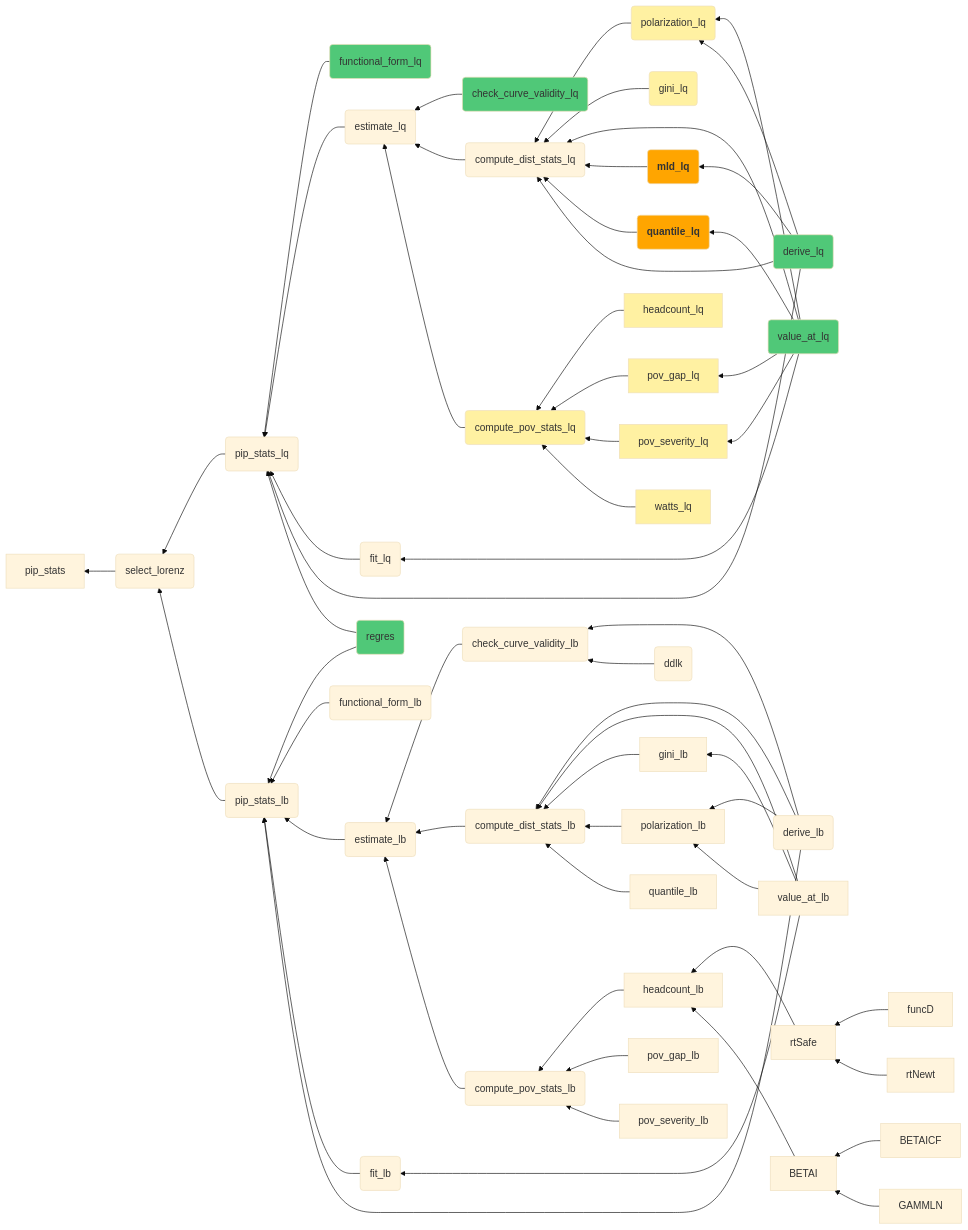
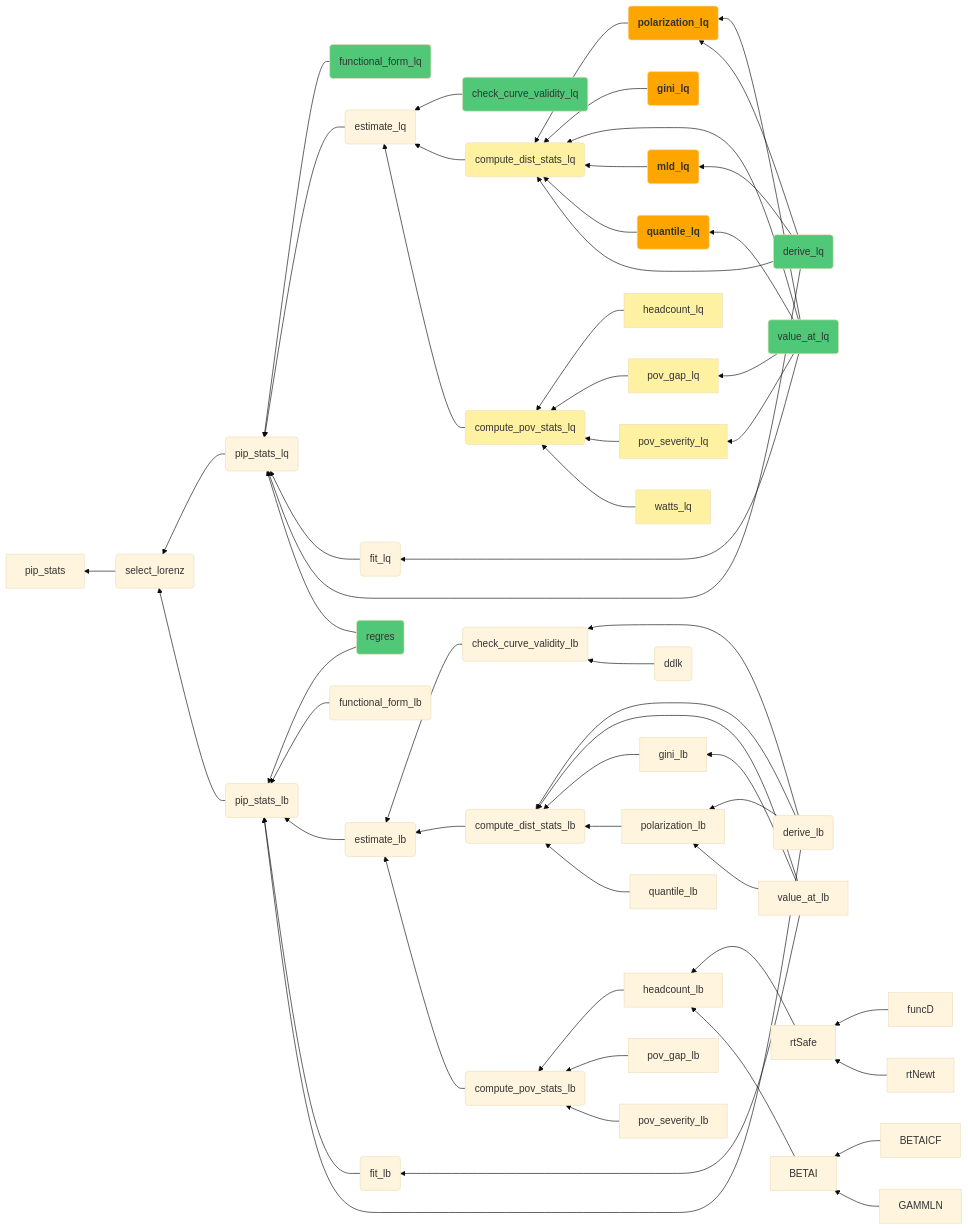
One commit to dana89co/pip_utilities changed the diagram in wbpip_gd_doc.qmd. Above: the diagram before and after it, drawn with Mermaid (base theme). The commit also changed other lines of this file and 3 other files, not shown here.

Commit message:
Changes on gini and polarization for lq

```diff
--- a/wbpip_gd_doc.qmd
+++ b/wbpip_gd_doc.qmd
@@ -70,8 +70,8 @@
     
     value_at_lb --> fit_lb
     
-    polarization_lq(polarization_lq) --> comp_dist_lq
-    gini_lq(gini_lq) --> comp_dist_lq
+    polarization_lq(<b>polarization_lq</b>) --> comp_dist_lq
+    gini_lq(<b>gini_lq</b>) --> comp_dist_lq
     value_at_lq --> polarization_lq
     value_at_lq(value_at_lq) --> comp_dist_lq
     mld_lq(<b>mld_lq</b>) --> comp_dist_lq
@@ -95,10 +95,11 @@
     style check_val fill: #50C878
     style form_lq fill: #50C878
     style regres fill: #50C878
-    style gini_lq fill: #FFF1A2
-    style polarization_lq fill: #FFF1A2
+    style gini_lq fill: #FFA500
+    style polarization_lq fill: #FFA500
     style quantile_lq fill: #FFA500
     style mld_lq fill: #FFA500
+    style comp_dist_lq fill: #FFF1A2
     style comp_pov_lq fill: #FFF1A2 
     style headcount_lq fill: #FFF1A2 
     style pov_gap_lq fill: #FFF1A2
```
